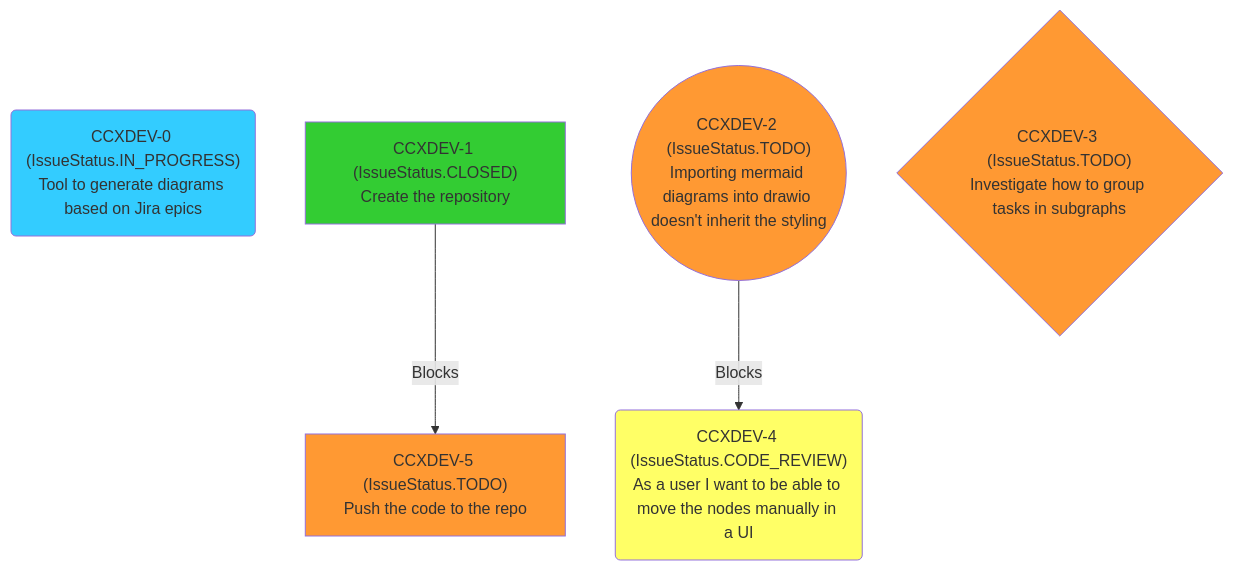
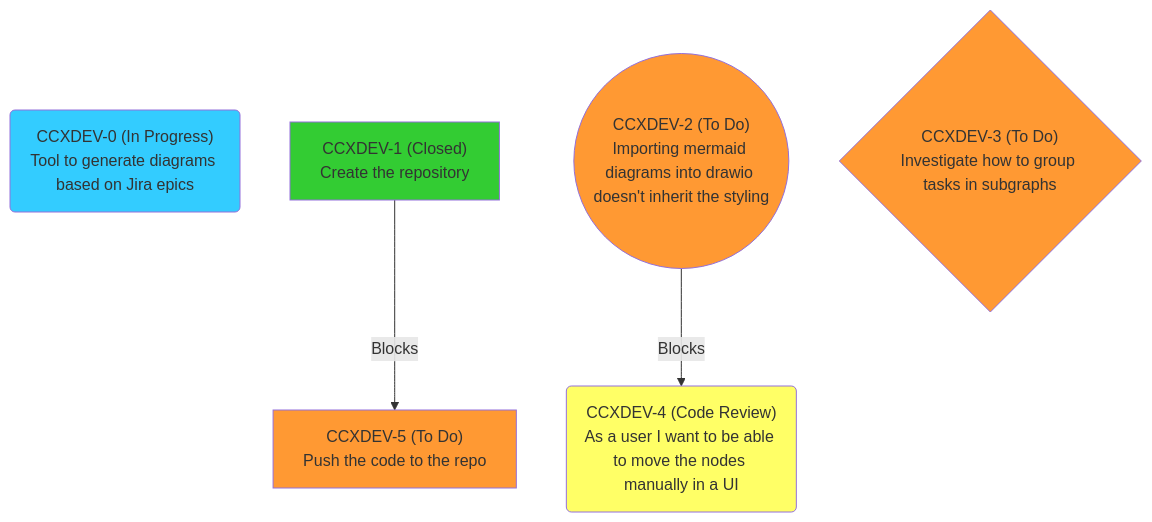
Before and after one commit to juandspy/jira-to-mermaid: the diagram in README.md, drawn with Mermaid. The commit also changed 1 other file, not shown here.

Commit message:
fix status rendering

````diff
--- a/README.md
+++ b/README.md
@@ -5,17 +5,18 @@
 ```mermaid
 graph TD;
-	CCXDEV_0("CCXDEV-0 (IssueStatus.IN_PROGRESS)\nTool to generate diagrams based on Jira epics"):::IN_PROGRESS
-	CCXDEV_1["CCXDEV-1 (IssueStatus.CLOSED)\nCreate the repository"]:::CLOSED
+	CCXDEV_0("CCXDEV-0 (In Progress)\nTool to generate diagrams based on Jira epics"):::IN_PROGRESS
+	CCXDEV_1["CCXDEV-1 (Closed)\nCreate the repository"]:::CLOSED
 	CCXDEV_1 -- Blocks --> CCXDEV_5
-	CCXDEV_2(("CCXDEV-2 (IssueStatus.TODO)\nImporting mermaid diagrams into drawio doesn't inherit the styling")):::TODO
+	CCXDEV_2(("CCXDEV-2 (To Do)\nImporting mermaid diagrams into drawio doesn't inherit the styling")):::TODO
 	CCXDEV_2 -- Blocks --> CCXDEV_4
-	CCXDEV_3{"CCXDEV-3 (IssueStatus.TODO)\nInvestigate how to group tasks in subgraphs"}:::TODO
-	CCXDEV_4("CCXDEV-4 (IssueStatus.CODE_REVIEW)\nAs a user I want to be able to move the nodes manually in a UI"):::CODE_REVIEW
-	CCXDEV_5["CCXDEV-5 (IssueStatus.TODO)\nPush the code to the repo"]:::TODO
+	CCXDEV_3{"CCXDEV-3 (To Do)\nInvestigate how to group tasks in subgraphs"}:::TODO
+	CCXDEV_4("CCXDEV-4 (Code Review)\nAs a user I want to be able to move the nodes manually in a UI"):::CODE_REVIEW
+	CCXDEV_5["CCXDEV-5 (To Do)\nPush the code to the repo"]:::TODO
 
     classDef TODO fill:#ff9933
     classDef CLOSED fill:#33cc33
     classDef IN_PROGRESS fill:#33ccff
     classDef CODE_REVIEW fill:#ffff66
     classDef REVIEW fill:#ffcc00
+
 ```
````
